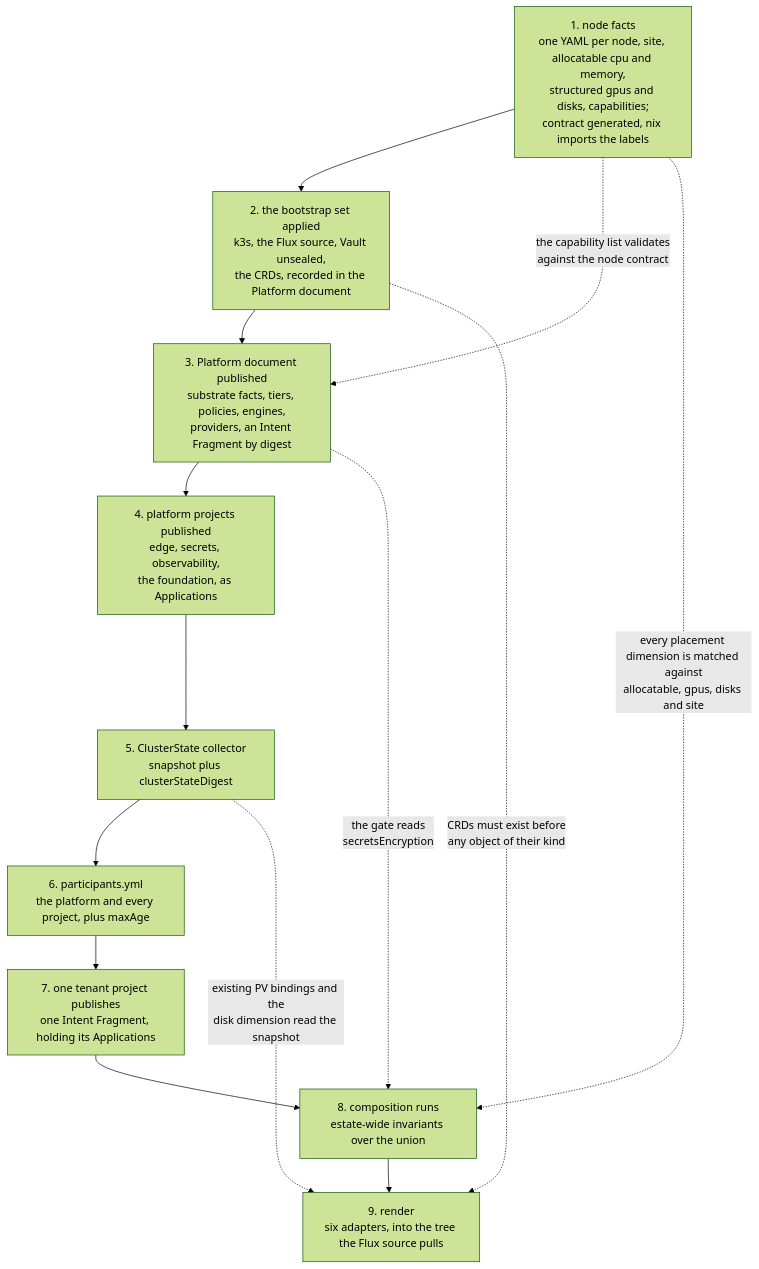
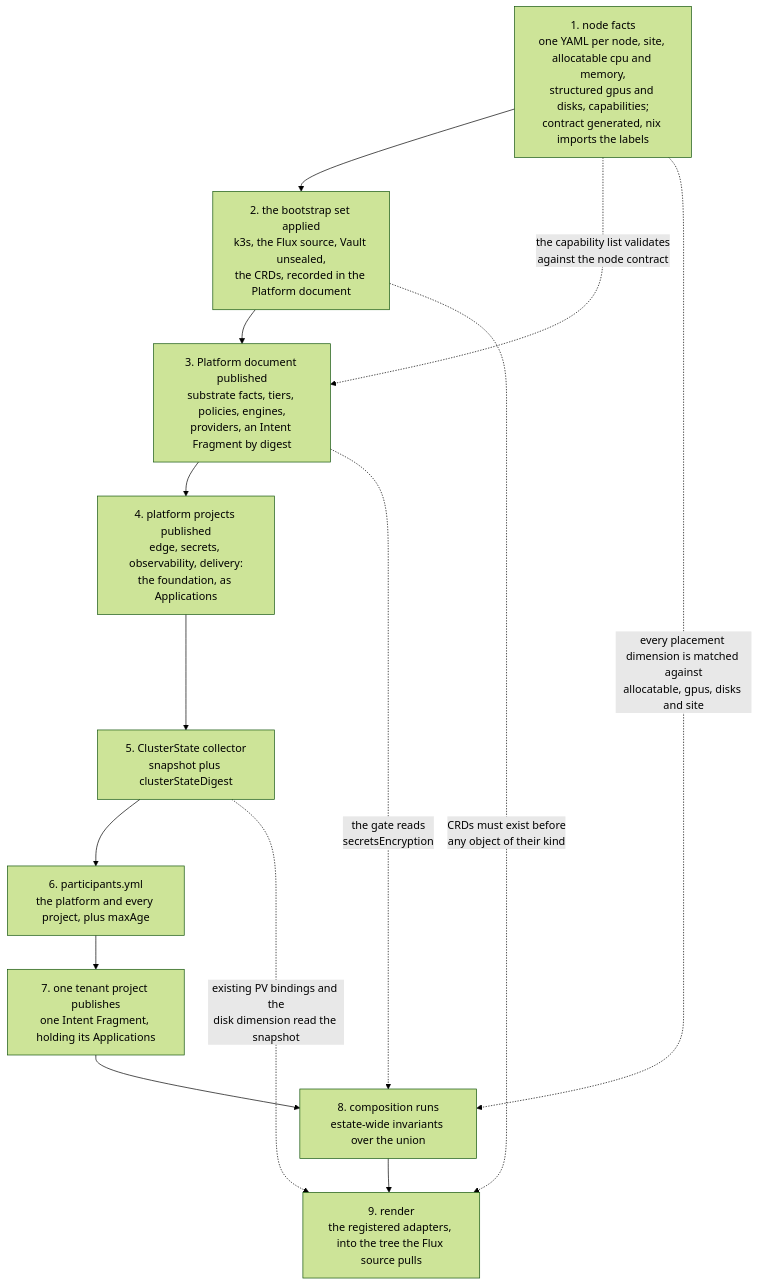
The diagram in spec/v1/60-setup.md (JorisJonkers-dev/deploy-kit), drawn with Mermaid (forest theme) before and after one commit. The commit also changed 1 other file, not shown here.

Commit message:
docs(spec): name the delivery project and the registered adapters in the bootstrap order, with no crossing references

````diff
--- a/spec/v1/60-setup.md
+++ b/spec/v1/60-setup.md
@@ -747,19 +747,19 @@
 ```mermaid
 flowchart TB
     A["1. node facts<br/>one YAML per node, site, allocatable cpu and memory,<br/>structured gpus and disks, capabilities;<br/>contract generated, nix imports the labels"]
     B["2. the bootstrap set applied<br/>k3s, the Flux source, Vault unsealed,<br/>the CRDs, recorded in the Platform document"]
     C["3. Platform document published<br/>substrate facts, tiers, policies, engines,<br/>providers, an Intent Fragment by digest"]
-    D["4. platform projects published<br/>edge, secrets, observability,<br/>the foundation, as Applications"]
+    D["4. platform projects published<br/>edge, secrets, observability, delivery:<br/>the foundation, as Applications"]
     E["5. ClusterState collector<br/>snapshot plus clusterStateDigest"]
     F["6. participants.yml<br/>the platform and every project, plus maxAge"]
     G["7. one tenant project publishes<br/>one Intent Fragment, holding its Applications"]
     H["8. composition runs<br/>estate-wide invariants over the union"]
-    I["9. render<br/>six adapters, into the tree the Flux source pulls"]
+    I["9. render<br/>the registered adapters, into the tree the Flux source pulls"]
 
     A --> B --> C --> D --> E --> F --> G --> H --> I
     A -.->|"the capability list validates<br/>against the node contract"| C
     A -.->|"every placement dimension is matched against<br/>allocatable, gpus, disks and site"| H
     B -.->|"CRDs must exist before<br/>any object of their kind"| I
     C -.->|"the gate reads<br/>secretsEncryption"| H
     E -.->|"existing PV bindings and the<br/>disk dimension read the snapshot"| I
 ```
````
